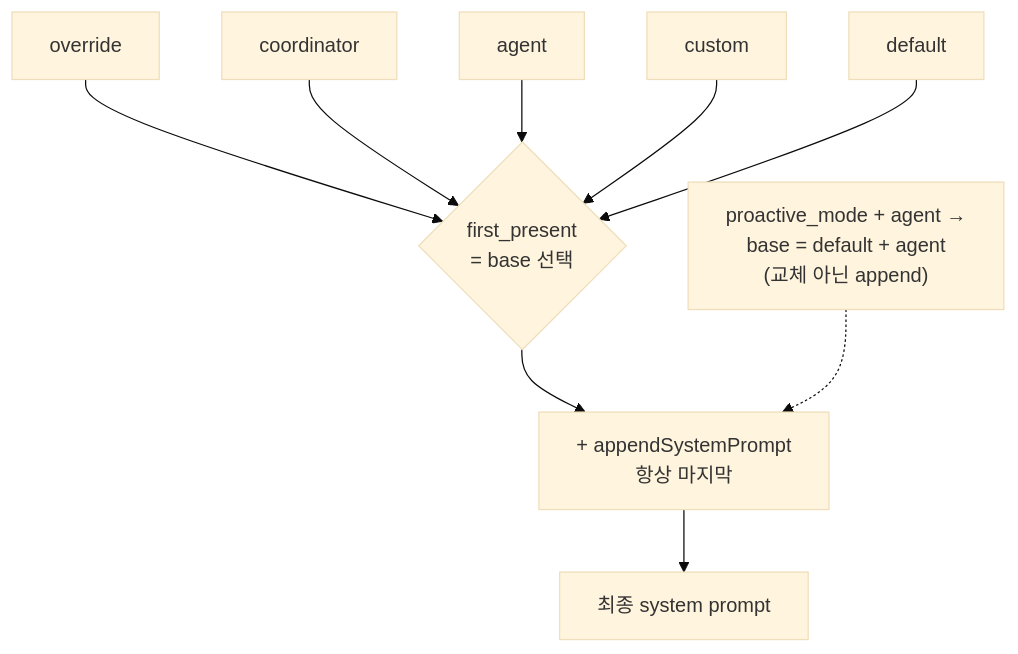
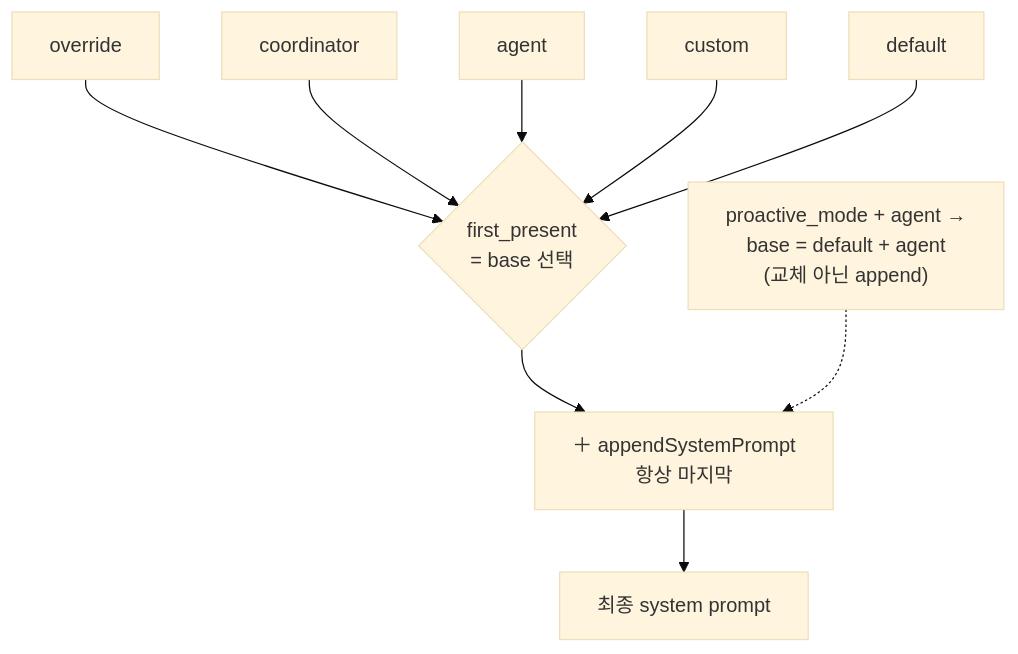
One commit to DBhyeong/DBhyeong.github.io changed the fourth of 12 diagrams in content/reading/harness-engineering-claude-code-design-guide.md. Above: the diagram before and after it, drawn with Mermaid (base theme). The commit also changed 2 other files, not shown here.

Commit message:
blog: mermaid 라벨 '+' 불릿 트리거 4건 수정 (＋ 전각화)
라이브 렌더에서 마지막 1건('Unsupported markdown: list')의 정체 = 라벨이
'+ '로 시작하면 CommonMark 불릿 목록으로 파싱됨. 기존 점검 스캐너가
불릿을 '-','*'만 보고 '+'를 누락했던 사각지대. 라벨 시작 '+ '를 전각 '＋'로.
전 파일 최종 스캔 list=0 bullet=0 angle=0 확인.

````diff
--- a/content/reading/harness-engineering-claude-code-design-guide.md
+++ b/content/reading/harness-engineering-claude-code-design-guide.md
@@ -130,11 +130,11 @@
 ```mermaid
 flowchart TD
     O[override] --> Pick
     C[coordinator] --> Pick
     A[agent] --> Pick
     CU[custom] --> Pick
     D[default] --> Pick
     Pick{first_present<br/>= base 선택} --> Append
     Special["proactive_mode + agent →<br/>base = default + agent<br/>(교체 아닌 append)"] -.-> Append
-    Append[+ appendSystemPrompt<br/>항상 마지막] --> Out[최종 system prompt]
+    Append[＋ appendSystemPrompt<br/>항상 마지막] --> Out[최종 system prompt]
 ```
````
